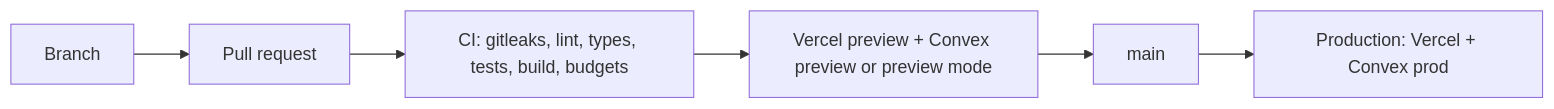
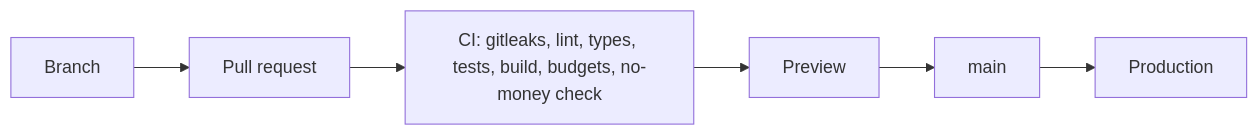
One commit to fclaiba/TheFirstHospitalityGroup changed diagram 11 of 12 in docs/BLUEPRINT.md. Above: the diagram before and after it, drawn with Mermaid. The commit also changed other lines of this file and 61 other files, not shown here.

Commit message:
docs: blueprint v1.3 from ref2 (no money, schedule core, positions and areas, chain of supervision, states, martini lion); ADR 0018-0027; build ADR renumbered 0028

````diff
--- a/docs/BLUEPRINT.md
+++ b/docs/BLUEPRINT.md
@@ -621,4 +817,4 @@
 ```mermaid
 flowchart LR
-  Dev[Branch] --> PR[Pull request] --> CI[CI: gitleaks, lint, types, tests, build, budgets] --> Prev[Vercel preview + Convex preview or preview mode] --> Main[main] --> Prod[Production: Vercel + Convex prod]
+  Dev[Branch] --> PR[Pull request] --> CI[CI: gitleaks, lint, types, tests, build, budgets, no-money check] --> Prev[Preview] --> Main[main] --> Prod[Production]
 ```
````
